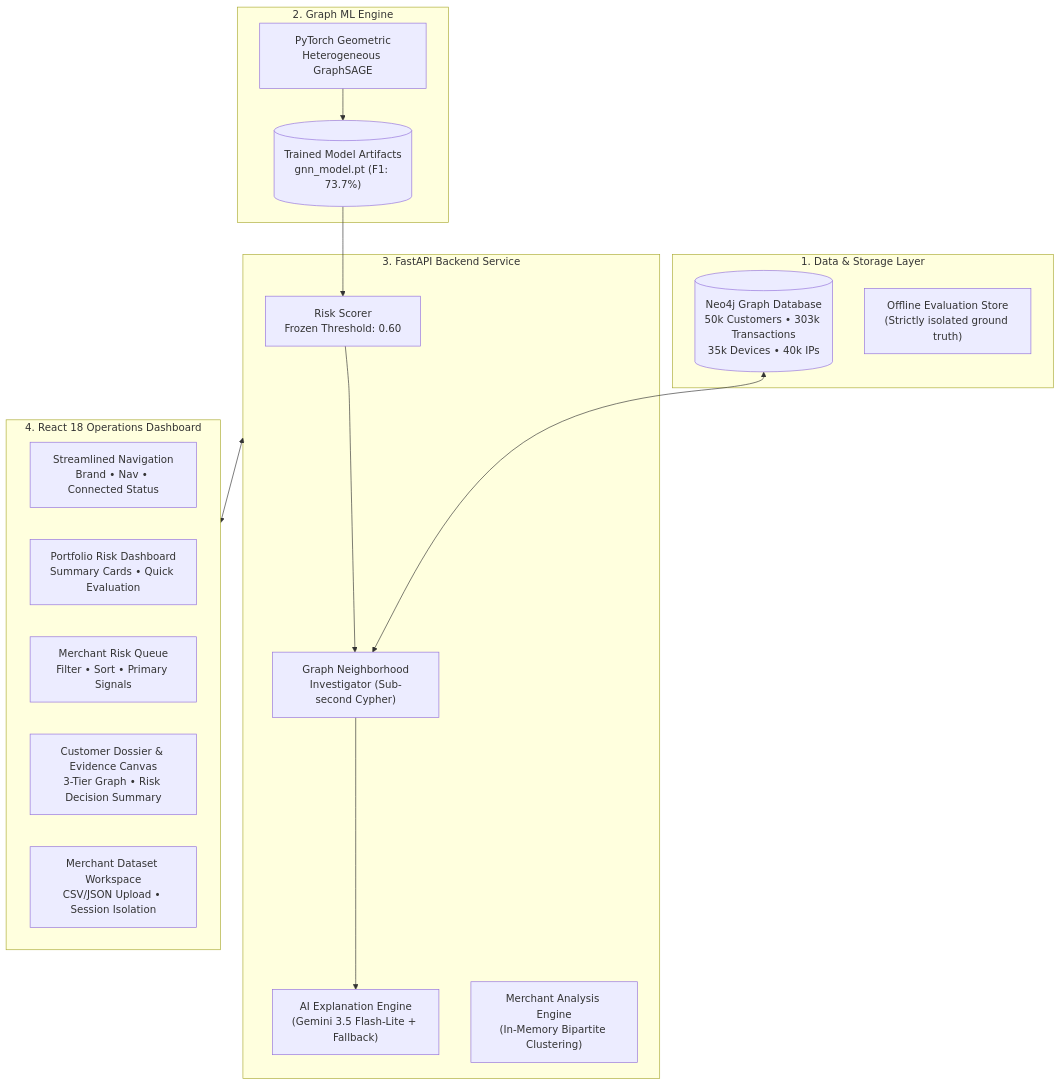
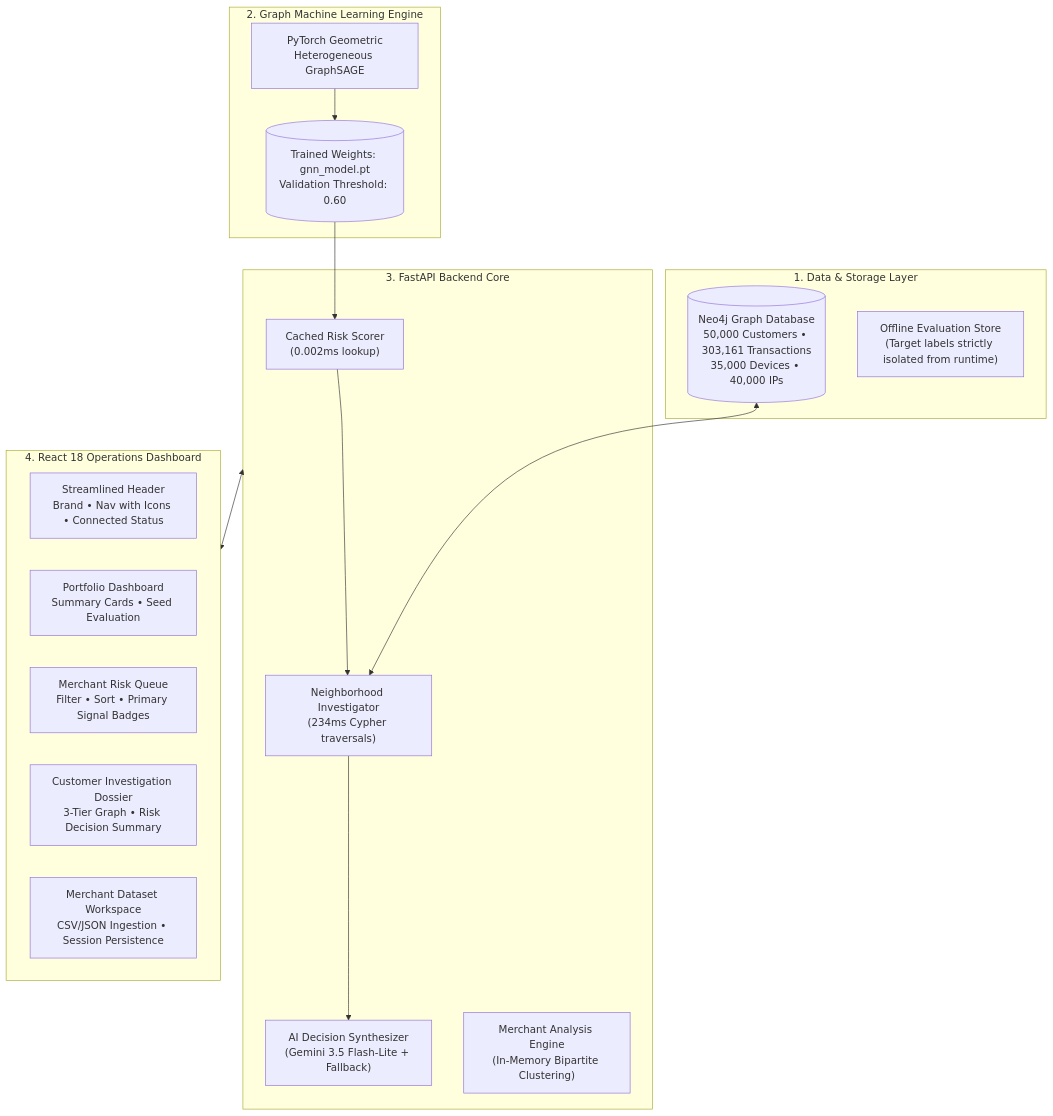
Before and after one commit to Krishna18113/abuse_ring_sentinel: the diagram in README.md, drawn with Mermaid. The commit also changed other lines of this file and 9 other files, not shown here.

````diff
--- a/README.md
+++ b/README.md
@@ -71,35 +110,35 @@
 ```mermaid
 flowchart TD
     subgraph DataLayer["1. Data & Storage Layer"]
-        Neo4j[("Neo4j Graph Database<br/>50k Customers • 303k Transactions<br/>35k Devices • 40k IPs")]
-        GroundTruth["Offline Evaluation Store<br/>(Strictly isolated ground truth)"]
+        Neo4j[("Neo4j Graph Database<br/>50,000 Customers • 303,161 Transactions<br/>35,000 Devices • 40,000 IPs")]
+        GroundTruth["Offline Evaluation Store<br/>(Target labels strictly isolated from runtime)"]
     end
 
-    subgraph MLLayer["2. Graph ML Engine"]
+    subgraph MLLayer["2. Graph Machine Learning Engine"]
         PyG["PyTorch Geometric<br/>Heterogeneous GraphSAGE"]
-        ModelWeights[("Trained Model Artifacts<br/>gnn_model.pt (F1: 73.7%)")]
-        PyG --> ModelWeights
+        Weights[("Trained Weights: gnn_model.pt<br/>Validation Threshold: 0.60")]
+        PyG --> Weights
     end
 
-    subgraph BackendCore["3. FastAPI Backend Service"]
-        Scorer["Risk Scorer<br/>Frozen Threshold: 0.60"]
-        Investigator["Graph Neighborhood<br/>Investigator (Sub-second Cypher)"]
-        GeminiService["AI Explanation Engine<br/>(Gemini 3.5 Flash-Lite + Fallback)"]
+    subgraph BackendCore["3. FastAPI Backend Core"]
+        Scorer["Cached Risk Scorer<br/>(0.002ms lookup)"]
+        Investigator["Neighborhood Investigator<br/>(234ms Cypher traversals)"]
+        GeminiService["AI Decision Synthesizer<br/>(Gemini 3.5 Flash-Lite + Fallback)"]
         AnalysisEngine["Merchant Analysis Engine<br/>(In-Memory Bipartite Clustering)"]
         
         Scorer --> Investigator
         Investigator --> GeminiService
     end
 
     subgraph FrontendApp["4. React 18 Operations Dashboard"]
-        Navbar["Streamlined Navigation<br/>Brand • Nav • Connected Status"]
-        DashView["Portfolio Risk Dashboard<br/>Summary Cards • Quick Evaluation"]
-        QueueView["Merchant Risk Queue<br/>Filter • Sort • Primary Signals"]
-        InvestView["Customer Dossier & Evidence Canvas<br/>3-Tier Graph • Risk Decision Summary"]
-        AnalysisWorkspace["Merchant Dataset Workspace<br/>CSV/JSON Upload • Session Isolation"]
+        Navbar["Streamlined Header<br/>Brand • Nav with Icons • Connected Status"]
+        DashView["Portfolio Dashboard<br/>Summary Cards • Seed Evaluation"]
+        QueueView["Merchant Risk Queue<br/>Filter • Sort • Primary Signal Badges"]
+        InvestView["Customer Investigation Dossier<br/>3-Tier Graph • Risk Decision Summary"]
+        MerchantWorkspace["Merchant Dataset Workspace<br/>CSV/JSON Ingestion • Session Persistence"]
     end
 
     Neo4j <--> Investigator
-    ModelWeights --> Scorer
+    Weights --> Scorer
     BackendCore <--> FrontendApp
 ```
````
